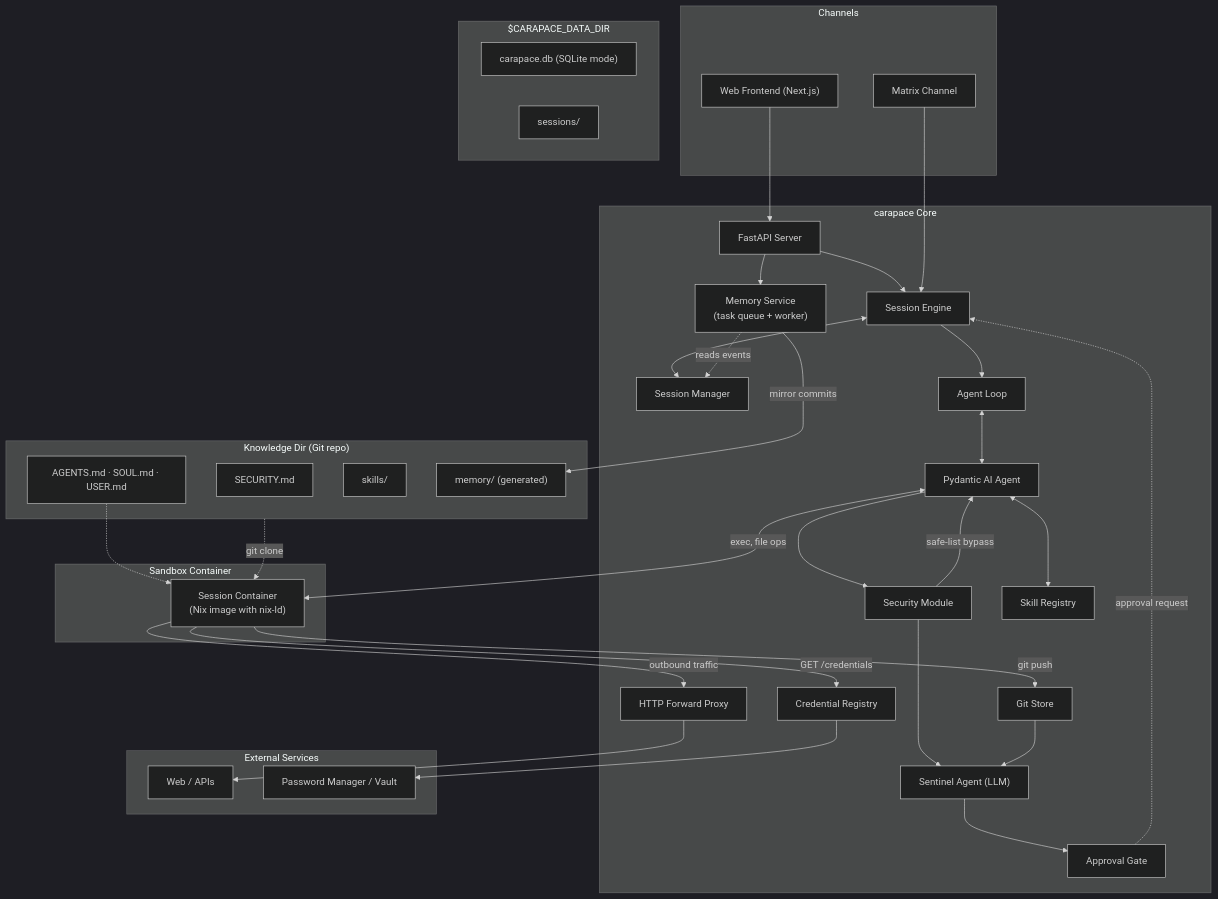
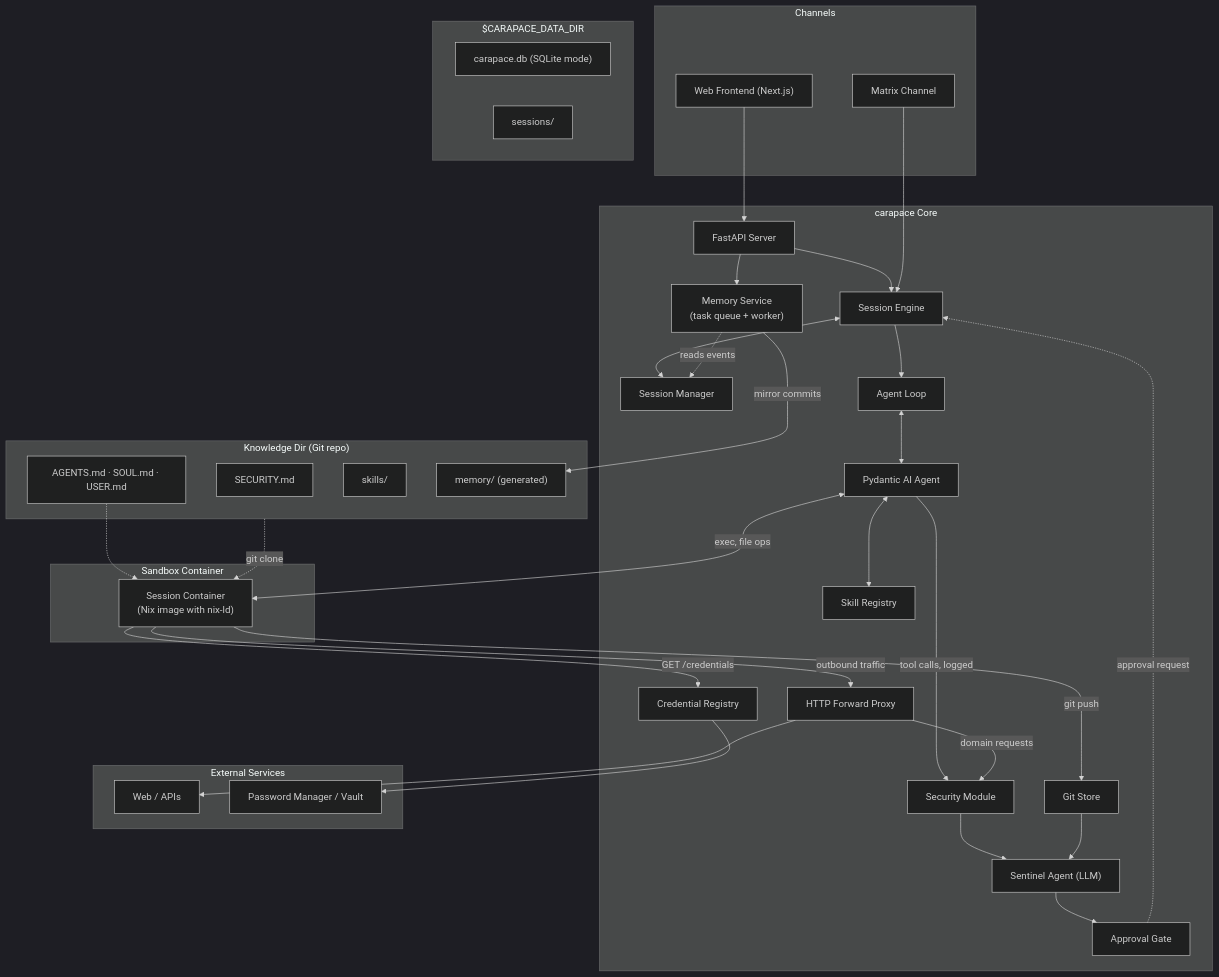
One commit to thiesgerken/carapace changed the first of 3 diagrams in docs/architecture.md. Above: the diagram before and after it, drawn with Mermaid (dark theme). The commit also changed other lines of this file and 41 other files, not shown here.

````diff
--- a/docs/architecture.md
+++ b/docs/architecture.md
@@ -7,72 +7,72 @@
 ```mermaid
 flowchart TB
     subgraph channels [Channels]
         WebUI["Web Frontend (Next.js)"]
         MatrixCh[Matrix Channel]
     end
 
     subgraph carapace [carapace Core]
         Server[FastAPI Server]
         SessionEngine[Session Engine]
         SessionMgr[Session Manager]
         SecurityMod["Security Module"]
         Sentinel["Sentinel Agent (LLM)"]
         ApprovalGate[Approval Gate]
         AgentLoop[Agent Loop]
         Agent["Pydantic AI Agent"]
         SkillRegistry[Skill Registry]
         GitStore[Git Store]
         CredentialRegistry[Credential Registry]
         Proxy[HTTP Forward Proxy]
         MemorySvc["Memory Service<br/>(task queue + worker)"]
     end
 
     subgraph sandbox [Sandbox Container]
         Container["Session Container<br/>(Nix image with nix-ld)"]
     end
 
     subgraph external [External Services]
         Web[Web / APIs]
         Vault[Password Manager / Vault]
     end
 
     subgraph datadir ["$CARAPACE_DATA_DIR"]
         DBFile["carapace.db (SQLite mode)"]
         Sessions[sessions/]
     end
 
     subgraph knowledgedir ["Knowledge Dir (Git repo)"]
         SecurityPolicy[SECURITY.md]
         WorkspaceFiles["AGENTS.md · SOUL.md · USER.md"]
         Skills[skills/]
         MemoryMirror["memory/ (generated)"]
     end
 
     WebUI --> Server
     Server --> SessionEngine
     MatrixCh --> SessionEngine
     SessionEngine <--> SessionMgr
     SessionEngine --> AgentLoop
     AgentLoop <--> Agent
     Agent <--> SkillRegistry
-    Agent --> SecurityMod
-    SecurityMod -->|safe-list bypass| Agent
+    Agent -->|tool calls, logged| SecurityMod
+    Proxy -->|domain requests| SecurityMod
     SecurityMod --> Sentinel
     Sentinel --> ApprovalGate
     ApprovalGate -.->|approval request| SessionEngine
 
     Agent <-->|exec, file ops| Container
     Container -->|outbound traffic| Proxy
     Proxy --> Web
     Container -->|git push| GitStore
     Container -->|GET /credentials| CredentialRegistry
     CredentialRegistry --> Vault
     GitStore --> Sentinel
 
     Server --> MemorySvc
     MemorySvc -.->|reads events| SessionMgr
     MemorySvc -->|mirror commits| MemoryMirror
 
     knowledgedir -.->|git clone| Container
     WorkspaceFiles -.-> Container
 ```
````
